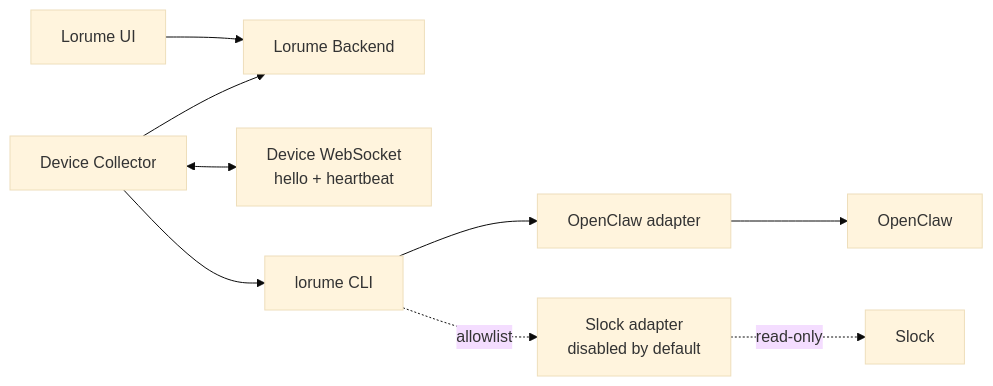
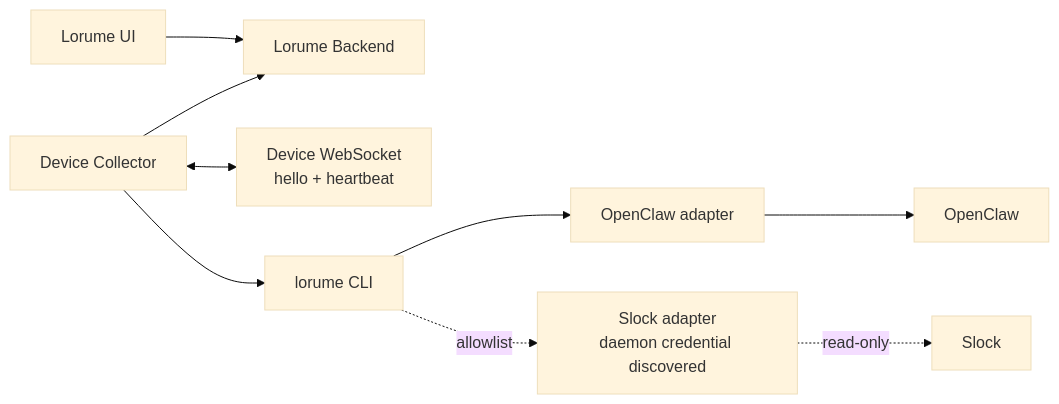
One commit to gezilinll/lorume changed the diagram in docs/product/runtime-device-registration-spec.md. Above: the diagram before and after it, drawn with Mermaid (base theme). The commit also changed other lines of this file and 7 other files, not shown here.

Commit message:
feat(runtime): enable slock daemon discovery by default

````diff
--- a/docs/product/runtime-device-registration-spec.md
+++ b/docs/product/runtime-device-registration-spec.md
@@ -27,21 +27,21 @@
 ```mermaid
 flowchart LR
   UI["Lorume UI"]
   Backend["Lorume Backend"]
   Control["Device WebSocket<br/>hello + heartbeat"]
   Collector["Device Collector"]
   CLI["lorume CLI"]
   OpenClawAdapter["OpenClaw adapter"]
   OpenClaw["OpenClaw"]
-  SlockAdapter["Slock adapter<br/>disabled by default"]
+  SlockAdapter["Slock adapter<br/>daemon credential discovered"]
   Slock["Slock"]
 
   UI --> Backend
   Collector --> Backend
   Collector <--> Control
   Collector --> CLI
   CLI --> OpenClawAdapter
   OpenClawAdapter --> OpenClaw
   CLI -. allowlist .-> SlockAdapter
   SlockAdapter -. read-only .-> Slock
 ```
````
